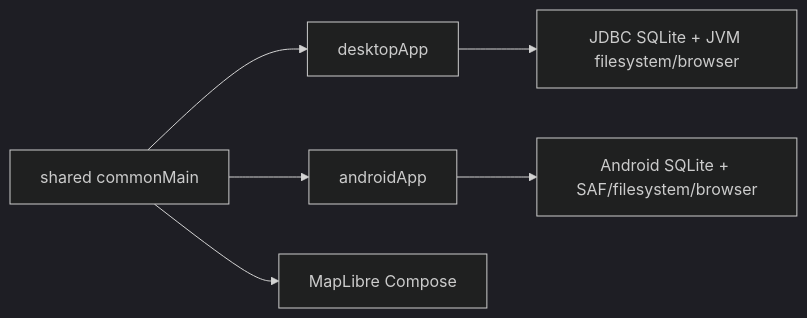
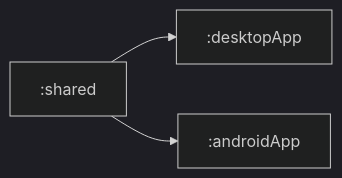
The first of 2 diagrams in mobile/README.md (folk21/osmapdigger), drawn with Mermaid (dark theme) before and after one commit. The commit also changed other lines of this file and 38 other files, not shown here.

First line of the commit message:
refactor: establish acyclic KMP logical architecture boundaries

````diff
--- a/mobile/README.md
+++ b/mobile/README.md
@@ -12,8 +14,5 @@
 ```mermaid
 flowchart LR
-    SHARED[shared commonMain] --> DESKTOP[desktopApp]
-    SHARED --> ANDROID[androidApp]
-    DESKTOP --> JDBC[JDBC SQLite + JVM filesystem/browser]
-    ANDROID --> ADB[Android SQLite + SAF/filesystem/browser]
-    SHARED --> MAP[MapLibre Compose]
+    SHARED[":shared"] --> DESKTOP[":desktopApp"]
+    SHARED --> ANDROID[":androidApp"]
 ```
````
